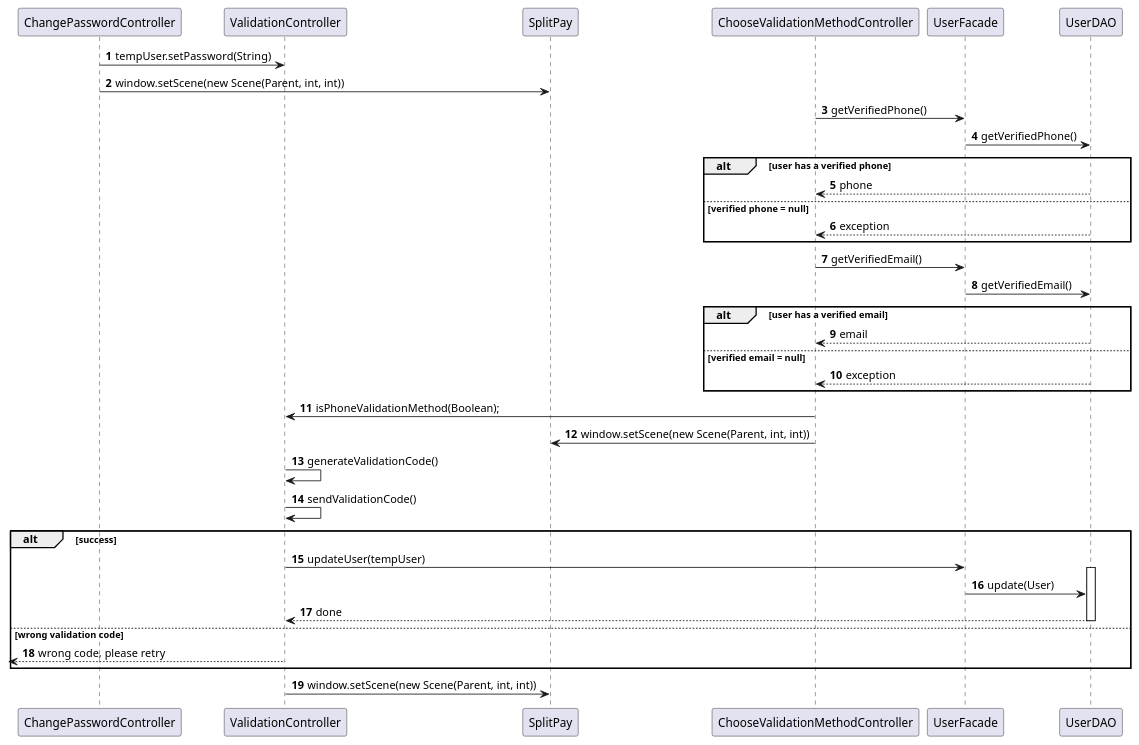
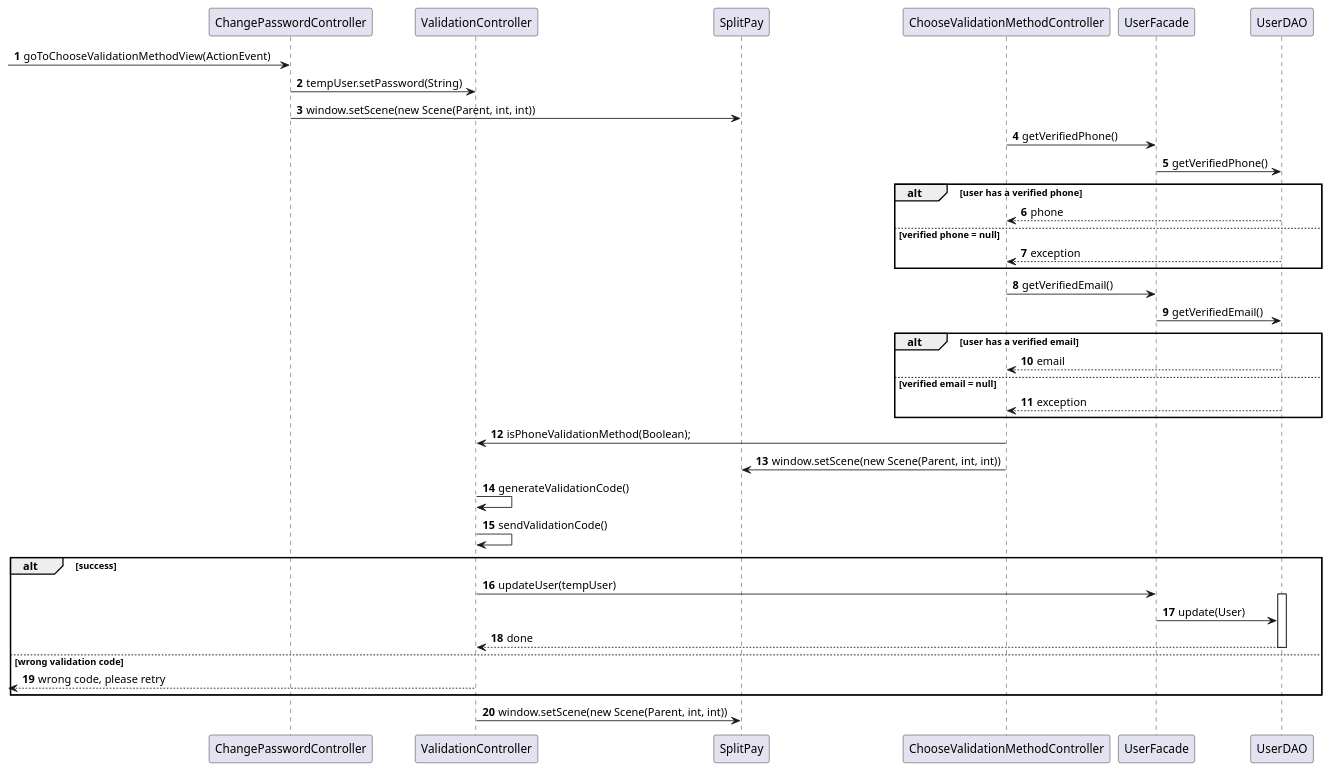
Before and after one commit to Julien-Wiegandt/SplitPay: the diagram in documentation/software_design/manage_personnal_account/change_password_sequence_diagram.puml, drawn with PlantUML. The commit also changed 13 other files, not shown here.

Commit message:
manage notifications diagrams added (2 scenarios in sequence diagram to do later)

```diff
--- a/documentation/software_design/manage_personnal_account/change_password_sequence_diagram.puml
+++ b/documentation/software_design/manage_personnal_account/change_password_sequence_diagram.puml
@@ -1,38 +1,39 @@
 @startuml
 autonumber
 
+-> ChangePasswordController : goToChooseValidationMethodView(ActionEvent)
 ChangePasswordController -> ValidationController : tempUser.setPassword(String)
 ChangePasswordController -> SplitPay : window.setScene(new Scene(Parent, int, int))
 
 ChooseValidationMethodController -> UserFacade : getVerifiedPhone()
 UserFacade -> UserDAO : getVerifiedPhone()
 alt user has a verified phone
     UserDAO --> ChooseValidationMethodController : phone
 else verified phone = null
     UserDAO --> ChooseValidationMethodController : exception
 end
 ChooseValidationMethodController -> UserFacade : getVerifiedEmail()
 UserFacade -> UserDAO : getVerifiedEmail()
 alt user has a verified email
     UserDAO --> ChooseValidationMethodController : email
 else verified email = null
     UserDAO --> ChooseValidationMethodController : exception
 end
 ChooseValidationMethodController -> ValidationController : isPhoneValidationMethod(Boolean);
 
 ChooseValidationMethodController -> SplitPay : window.setScene(new Scene(Parent, int, int))
 
 ValidationController -> ValidationController : generateValidationCode()
 ValidationController -> ValidationController : sendValidationCode()
 alt success
     ValidationController -> UserFacade : updateUser(tempUser)
     activate UserDAO
     UserFacade -> UserDAO : update(User)
     UserDAO --> ValidationController : done
     deactivate UserDAO
 else wrong validation code
     <-- ValidationController : wrong code, please retry
 end
 ValidationController -> SplitPay : window.setScene(new Scene(Parent, int, int))
 
 @enduml
```
